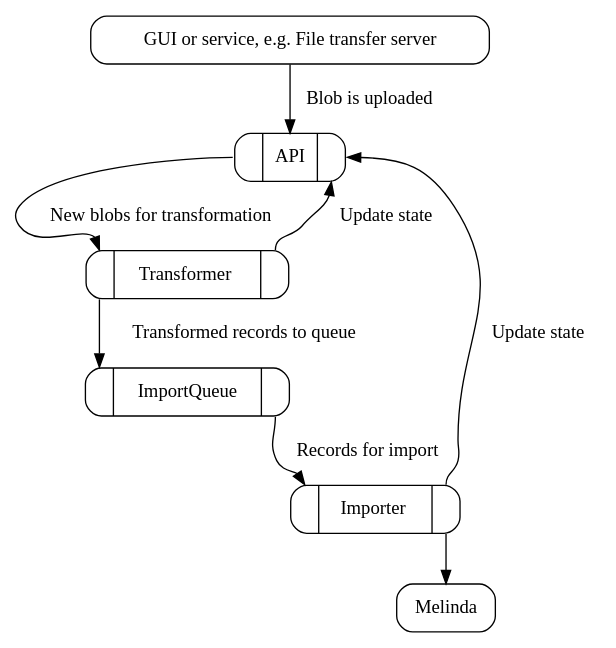
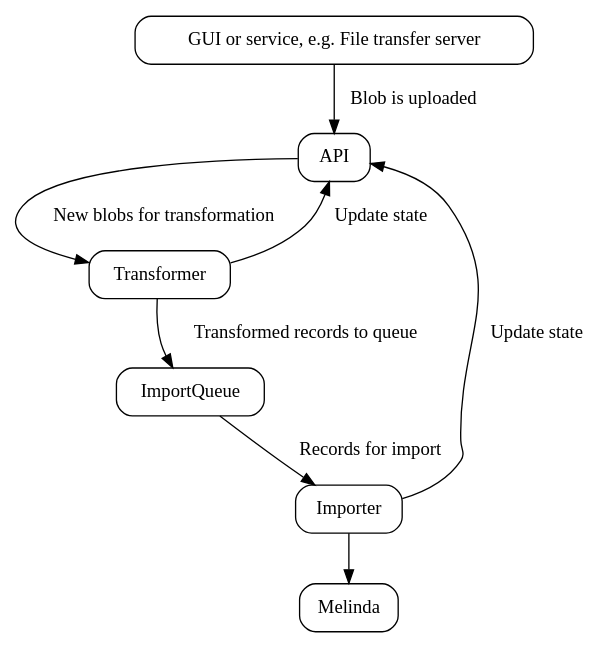
Before and after one commit to NatLibFi/melinda-record-import: the diagram in dot/architecture.dot, drawn with Graphviz. The commit also changed 1 other file, not shown here.

Commit message:
Update graph

```diff
--- a/dot/architecture.dot
+++ b/dot/architecture.dot
@@ -1,19 +1,15 @@
 digraph G {
   node[shape="Mrecord"]
 
   Source[label="GUI or service, e.g. File transfer server"]
-  API[label="<f0> |<f1> API |<f2> "]
-  Transformer[label="<f0> |<f1> Transformer |<f2> "]
-  Importer[label="<f0> |<f1> Importer |<f2> "]
-  ImportQueue[label="<f0> |<f1> ImportQueue |<f2> "]
-
+  
   Source -> API[label="Blob is uploaded"]
 
-  API:f0 -> Transformer:f0[label="New blobs for transformation"]
-  Transformer:f0 -> ImportQueue:f0[label="Transformed records to queue"]
-  ImportQueue:f2 -> Importer:f0[label="Records for import"]
-  Importer:f2 -> Melinda
+  API -> Transformer[label="New blobs for transformation"]
+  Transformer -> ImportQueue[label="Transformed records to queue"]
+  ImportQueue -> Importer[label="Records for import"]
+  Importer -> Melinda
 
-  Transformer:f2 -> API:f2[label="Update state"]
-  Importer:f2 -> API:f2[label="Update state"]
+  Transformer -> API[label="Update state"]
+  Importer -> API[label="Update state"]
 }
```
